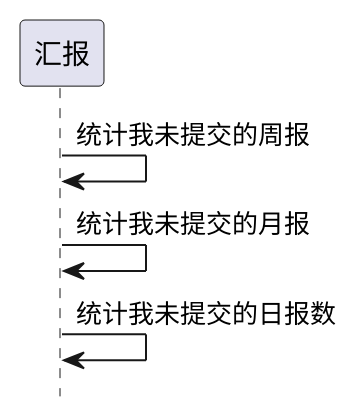
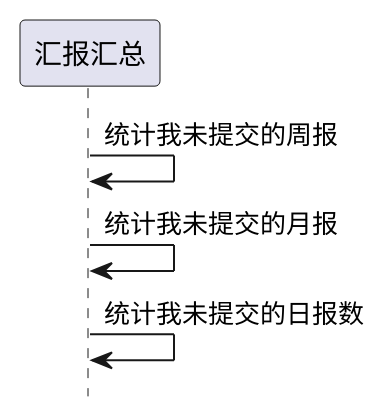
The first of 2 diagrams in ibizpms-docs/src/main/doc/v1/module/report/IbzReport_old.md (zj335841911/nt_chandao), drawn with PlantUML before and after one commit. The commit also changed other lines of this file and 72 other files, not shown here.

```diff
--- a/ibizpms-docs/src/main/doc/v1/module/report/IbzReport_old.md
+++ b/ibizpms-docs/src/main/doc/v1/module/report/IbzReport_old.md
@@ -99,7 +99,7 @@
 {% plantuml %}
 hide footbox
 
-汇报 -> 汇报: 统计我未提交的周报
-汇报 -> 汇报: 统计我未提交的月报
-汇报 -> 汇报: 统计我未提交的日报数
+汇报汇总 -> 汇报汇总: 统计我未提交的周报
+汇报汇总 -> 汇报汇总: 统计我未提交的月报
+汇报汇总 -> 汇报汇总: 统计我未提交的日报数
 {% endplantuml %}
```
